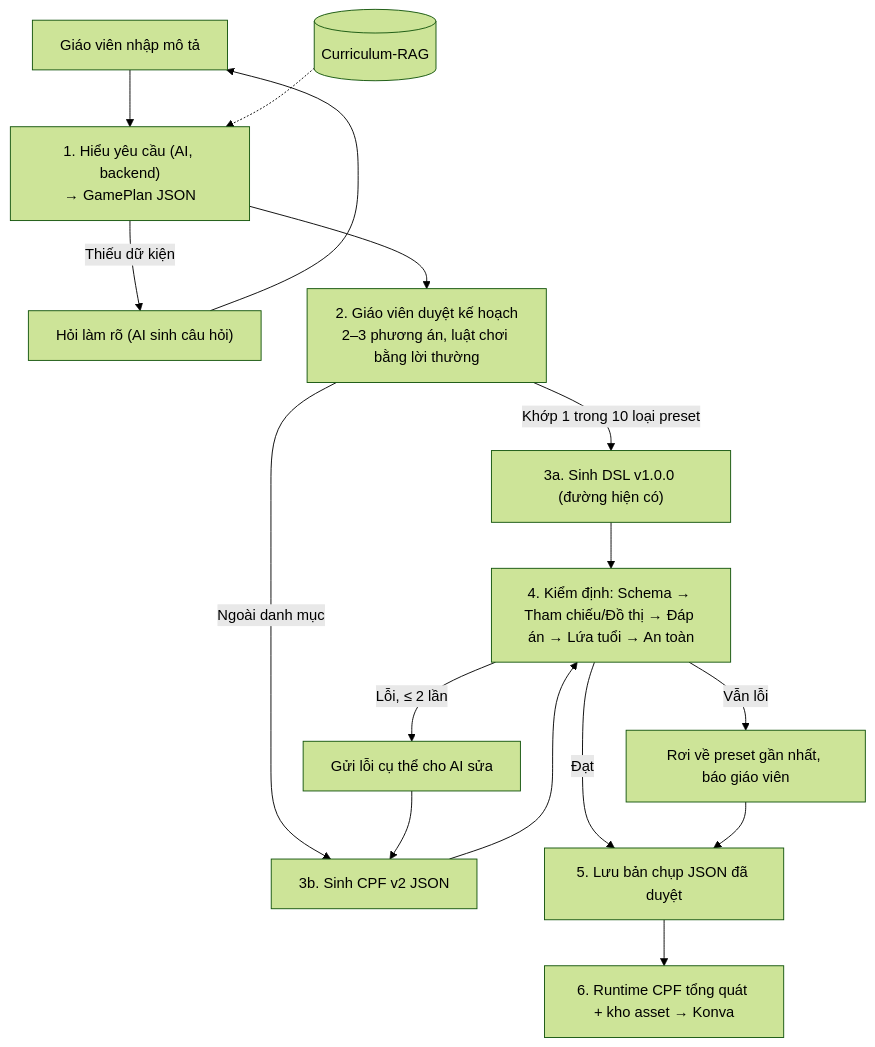
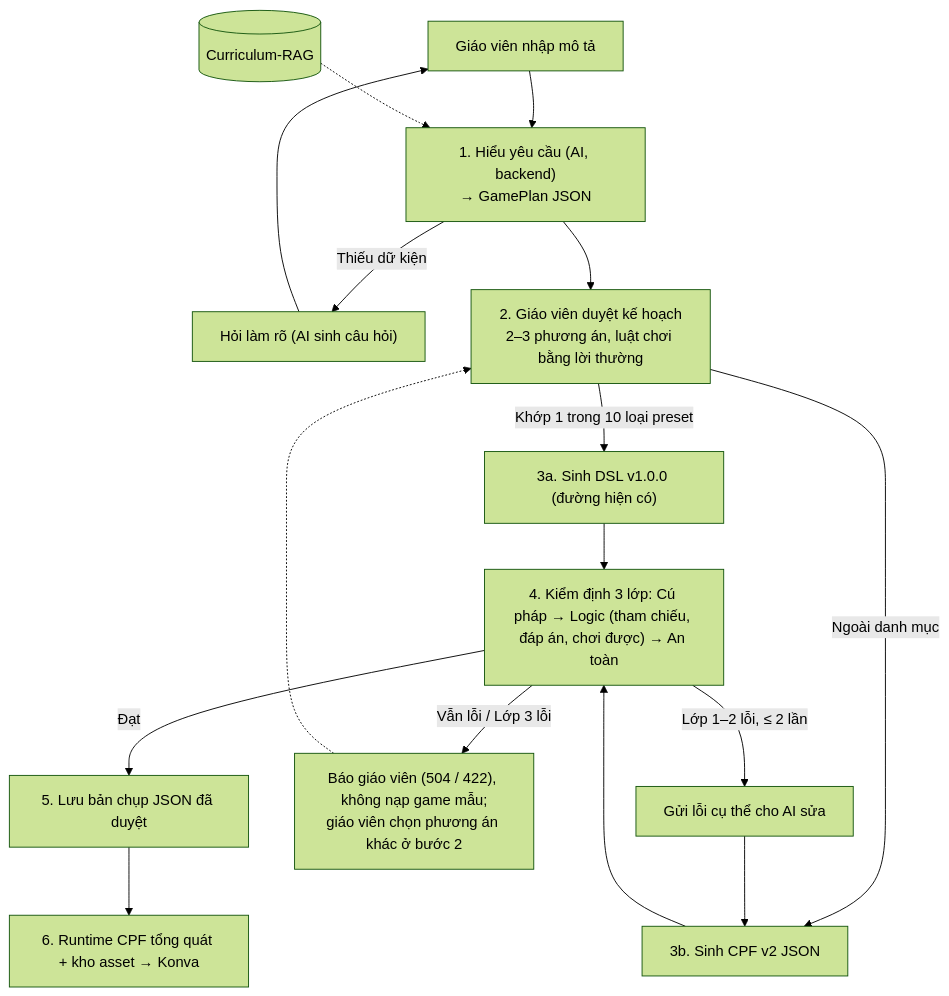
One commit to Duckdiii/an-interactive-learning-game-platform-for-primary-and-kindergarten-teachers changed the diagram in docs/superpowers/specs/2026-11-07-pipeline-v2-design.md. Above: the diagram before and after it, drawn with Mermaid (forest theme). The commit also changed other lines of this file and 17 other files, not shown here.

First line of the commit message:
feat(cpf): contract CPF Game v2.0.0 cho game ngoài danh mục (Pha 0 pipeline v2)

````diff
--- a/docs/superpowers/specs/2026-11-07-pipeline-v2-design.md
+++ b/docs/superpowers/specs/2026-11-07-pipeline-v2-design.md
@@ -36,18 +36,18 @@
 ```mermaid
 flowchart TD
     P["Giáo viên nhập mô tả"] --> U["1. Hiểu yêu cầu (AI, backend)<br/>→ GamePlan JSON"]
     RAG[("Curriculum-RAG")] -.-> U
     U -->|"Thiếu dữ kiện"| C["Hỏi làm rõ (AI sinh câu hỏi)"]
     C --> P
     U --> D["2. Giáo viên duyệt kế hoạch<br/>2–3 phương án, luật chơi bằng lời thường"]
     D -->|"Khớp 1 trong 10 loại preset"| G1["3a. Sinh DSL v1.0.0 (đường hiện có)"]
     D -->|"Ngoài danh mục"| G2["3b. Sinh CPF v2 JSON"]
-    G1 --> V["4. Kiểm định: Schema → Tham chiếu/Đồ thị → Đáp án → Lứa tuổi → An toàn"]
+    G1 --> V["4. Kiểm định 3 lớp: Cú pháp → Logic (tham chiếu, đáp án, chơi được) → An toàn"]
     G2 --> V
-    V -->|"Lỗi, ≤ 2 lần"| R["Gửi lỗi cụ thể cho AI sửa"]
+    V -->|"Lớp 1–2 lỗi, ≤ 2 lần"| R["Gửi lỗi cụ thể cho AI sửa"]
     R --> G2
-    V -->|"Vẫn lỗi"| F["Rơi về preset gần nhất, báo giáo viên"]
+    V -->|"Vẫn lỗi / Lớp 3 lỗi"| F["Báo giáo viên (504 / 422), không nạp game mẫu;<br/>giáo viên chọn phương án khác ở bước 2"]
+    F -.-> D
     V -->|"Đạt"| S["5. Lưu bản chụp JSON đã duyệt"]
-    F --> S
     S --> RT["6. Runtime CPF tổng quát + kho asset → Konva"]
 ```
````
